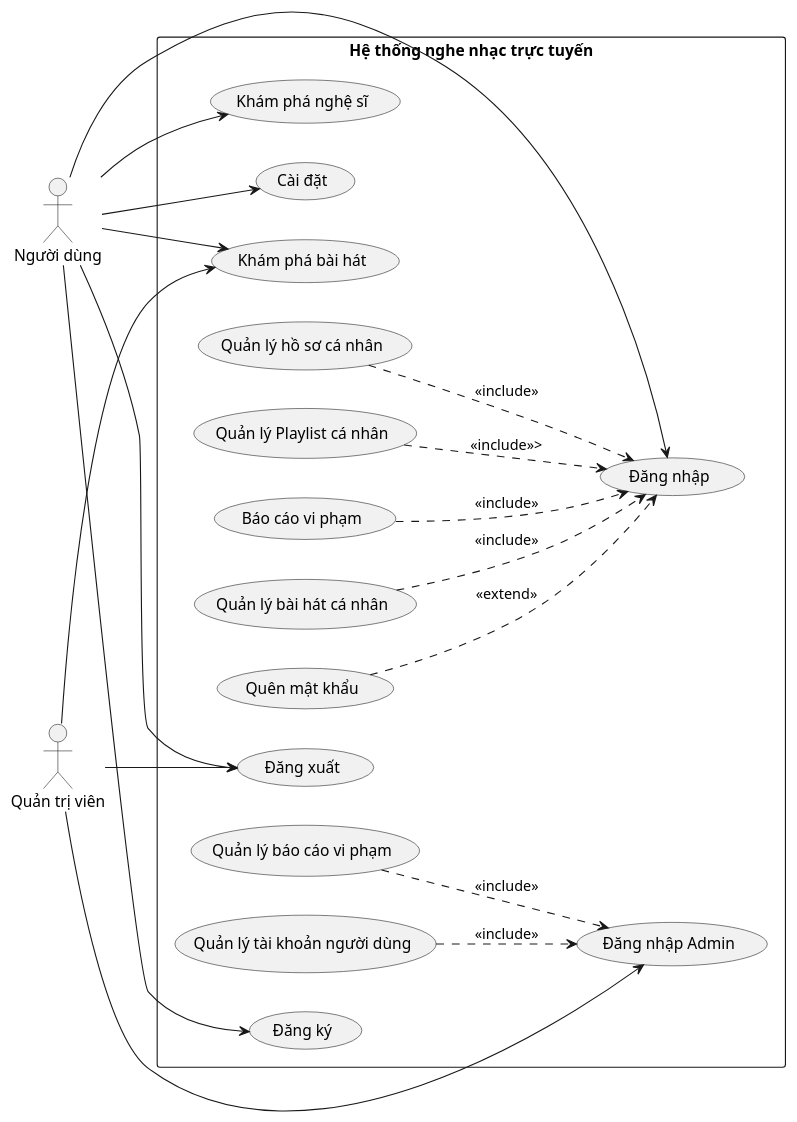
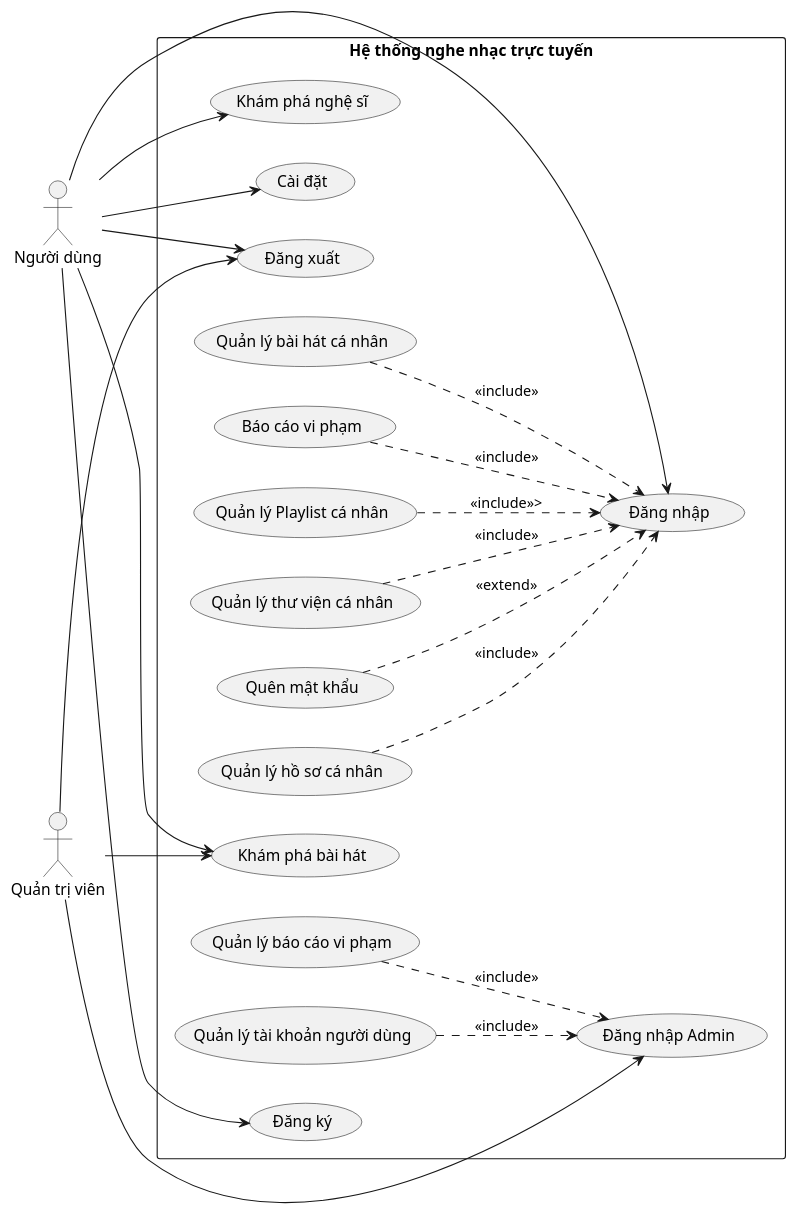
One commit to vinh047/soundwave changed the diagram in Diagrams/UsecaseDiagram/ComprehensiveUsecaseDiagram.plantuml. Above: the diagram before and after it, drawn with PlantUML. The commit also changed 7 other files, not shown here.

Commit message:
Thêm chức năng Quản lý thư viện vào sơ đồ

```diff
--- a/Diagrams/UsecaseDiagram/ComprehensiveUsecaseDiagram.plantuml
+++ b/Diagrams/UsecaseDiagram/ComprehensiveUsecaseDiagram.plantuml
@@ -1,56 +1,58 @@
 @startuml Sơ Đồ Usecase Tổng Quát
 left to right direction
 
 ' Actor
 actor "Người dùng" as User
 actor "Quản trị viên" as Admin
 
 rectangle "Hệ thống nghe nhạc trực tuyến" {
   ' Use Case cho Khách
   (Khám phá bài hát) as UC_ExploreSongs
   (Khám phá nghệ sĩ) as UC_ExploreArtists
   (Đăng ký) as UC_Register
   (Đăng nhập) as UC_Login
   (Quên mật khẩu) as UC_ForgetPassword
 
   ' Use case cho User
   (Quản lý hồ sơ cá nhân) as UC_ManageProfile
+  (Quản lý thư viện cá nhân) as UC_ManageLibrary
   (Quản lý Playlist cá nhân) as UC_ManagePlaylist
   (Báo cáo vi phạm) as UC_Report
   (Quản lý bài hát cá nhân) as UC_ManageSongs
   (Cài đặt) as UC_Settings
 
   ' Use case cho Admin
   (Quản lý báo cáo vi phạm) as UC_HandleReport
   (Quản lý tài khoản người dùng) as UC_ManageUserAccount
   (Đăng nhập Admin) as UC_LoginAdmin
 
   ' Use case cho tất cả
   (Đăng xuất) as UC_Logout
 
   ' -- Mối quan hệ --
   ' Quan hệ <<extends>>
   UC_ForgetPassword ..> UC_Login : <<extend>>
 
   ' Quan hệ <<include>>
   UC_ManageProfile ..> UC_Login : <<include>>
+  UC_ManageLibrary ..> UC_Login : <<include>>
   UC_ManagePlaylist ..> UC_Login: <<include>>>
   UC_Report ..> UC_Login : <<include>>
   UC_ManageSongs ..> UC_Login : <<include>>
 
   UC_HandleReport ..> UC_LoginAdmin : <<include>>
   UC_ManageUserAccount ..> UC_LoginAdmin : <<include>>
 
   ' -- Gán các actor --
   User --> UC_ExploreSongs
   User --> UC_Register
   User --> UC_Login
   User --> UC_ExploreArtists
   User --> UC_Logout
   User --> UC_Settings
 
   Admin --> UC_LoginAdmin
   Admin --> UC_ExploreSongs
   Admin --> UC_Logout
 }
 @enduml
```
